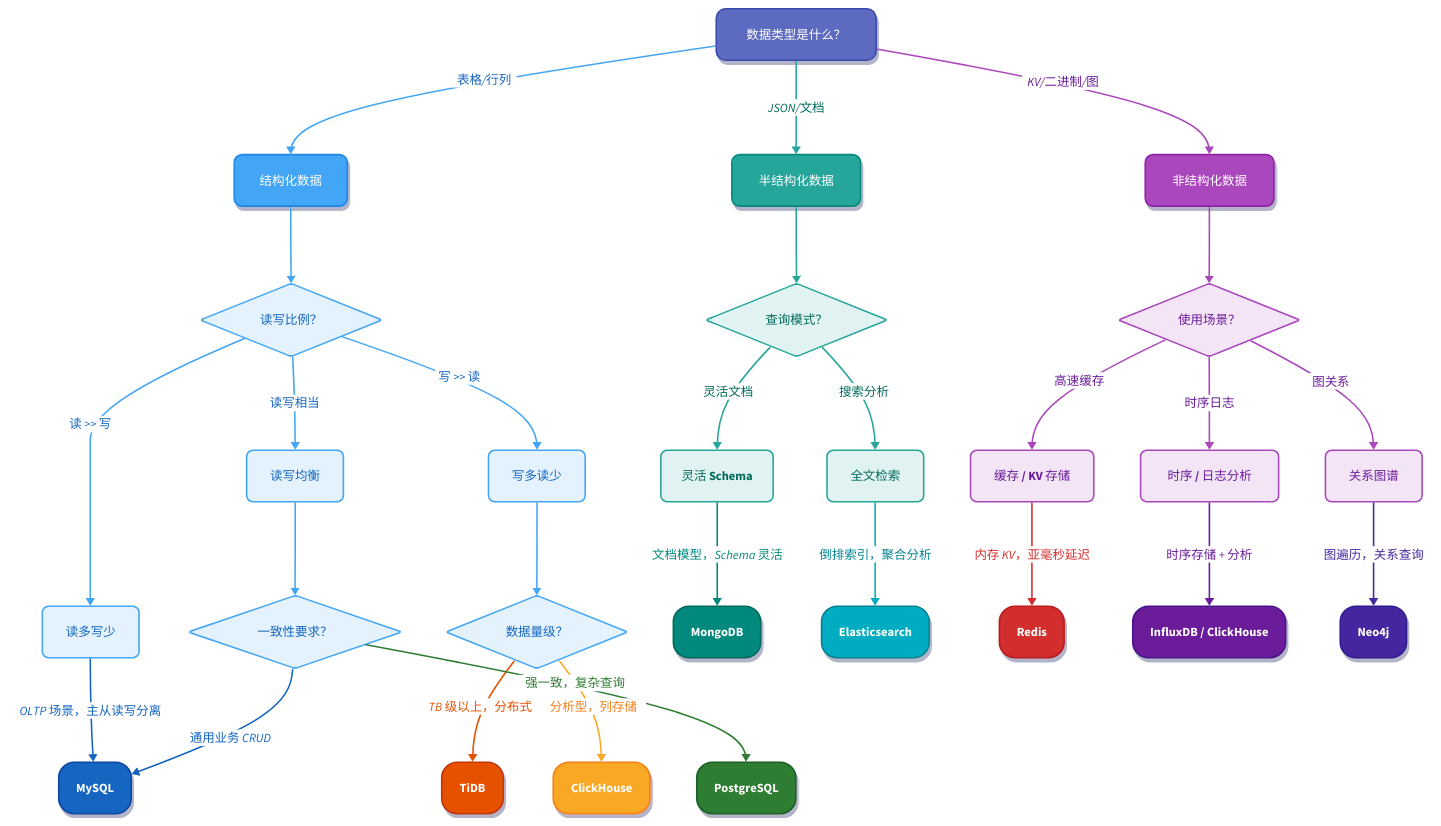
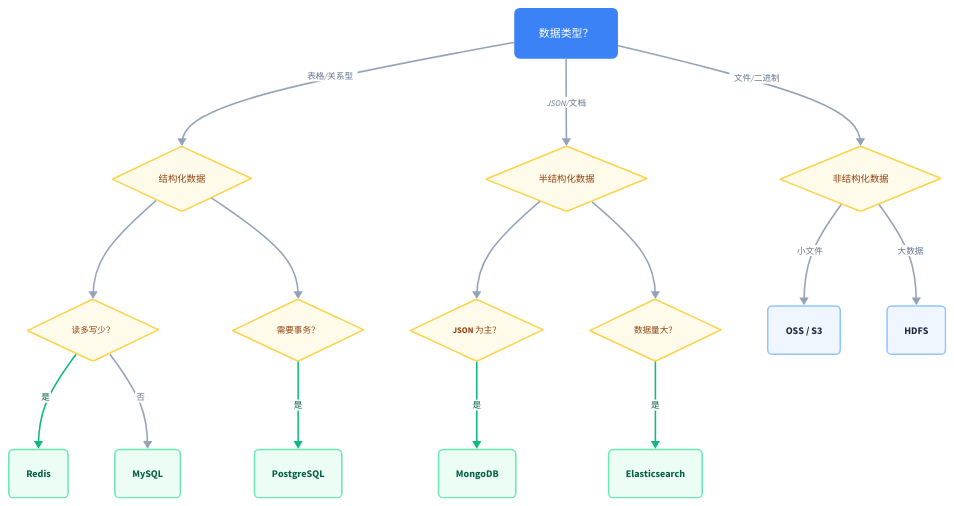
The diagram in diagram-examples/d2/d2-decision-tree.d2 (312362115/claude), drawn with D2 before and after one commit. The commit also changed 50 other files, not shown here.

First line of the commit message:
feat: 画图 skill + deep-research skill + 设计规范 + 示例重构

```diff
--- a/diagram-examples/d2/d2-decision-tree.d2
+++ b/diagram-examples/d2/d2-decision-tree.d2
@@ -2,353 +2,90 @@
 
 direction: down
 
-# ============ 根节点 ============
-root: 数据类型是什么？ {
+# --- 根节点 ---
+root: 数据类型？ {
   style: {
-    fill: "#5c6bc0"
-    stroke: "#3949ab"
-    font-color: "#ffffff"
-    border-radius: 12
-    shadow: true
+    fill: "#3B82F6"
+    stroke: "#3B82F6"
+    font-color: "#FFFFFF"
+    border-radius: 6
+    font-size: 14
+    bold: true
   }
 }
 
-# ============ 一级分支 ============
+# --- 一级分支 ---
 structured: 结构化数据 {
-  style: {
-    fill: "#42a5f5"
-    stroke: "#1e88e5"
-    font-color: "#ffffff"
-    border-radius: 10
-    shadow: true
-  }
+  shape: diamond
+  style: { fill: "#FFFBEB"; stroke: "#FCD34D"; font-color: "#92400E"; font-size: 12 }
+}
+semi: 半结构化数据 {
+  shape: diamond
+  style: { fill: "#FFFBEB"; stroke: "#FCD34D"; font-color: "#92400E"; font-size: 12 }
+}
+unstructured: 非结构化数据 {
+  shape: diamond
+  style: { fill: "#FFFBEB"; stroke: "#FCD34D"; font-color: "#92400E"; font-size: 12 }
 }
 
-semi-structured: 半结构化数据 {
-  style: {
-    fill: "#26a69a"
-    stroke: "#00897b"
-    font-color: "#ffffff"
-    border-radius: 10
-    shadow: true
-  }
+# --- 二级分支 ---
+high-read: 读多写少？ {
+  shape: diamond
+  style: { fill: "#FFFBEB"; stroke: "#FCD34D"; font-color: "#92400E"; font-size: 11 }
+}
+need-tx: 需要事务？ {
+  shape: diamond
+  style: { fill: "#FFFBEB"; stroke: "#FCD34D"; font-color: "#92400E"; font-size: 11 }
+}
+json-heavy: JSON 为主？ {
+  shape: diamond
+  style: { fill: "#FFFBEB"; stroke: "#FCD34D"; font-color: "#92400E"; font-size: 11 }
+}
+large-scale: 数据量大？ {
+  shape: diamond
+  style: { fill: "#FFFBEB"; stroke: "#FCD34D"; font-color: "#92400E"; font-size: 11 }
 }
 
-unstructured: 非结构化数据 {
-  style: {
-    fill: "#ab47bc"
-    stroke: "#8e24aa"
-    font-color: "#ffffff"
-    border-radius: 10
-    shadow: true
-  }
+# --- 推荐结果 ---
+mysql: MySQL {
+  style: { fill: "#ECFDF5"; stroke: "#6EE7B7"; font-color: "#065F46"; border-radius: 6; font-size: 13 }
+}
+pg: PostgreSQL {
+  style: { fill: "#ECFDF5"; stroke: "#6EE7B7"; font-color: "#065F46"; border-radius: 6; font-size: 13 }
+}
+redis: Redis {
+  style: { fill: "#ECFDF5"; stroke: "#6EE7B7"; font-color: "#065F46"; border-radius: 6; font-size: 13 }
+}
+mongo: MongoDB {
+  style: { fill: "#ECFDF5"; stroke: "#6EE7B7"; font-color: "#065F46"; border-radius: 6; font-size: 13 }
+}
+es: Elasticsearch {
+  style: { fill: "#ECFDF5"; stroke: "#6EE7B7"; font-color: "#065F46"; border-radius: 6; font-size: 13 }
+}
+oss: OSS / S3 {
+  style: { fill: "#EFF6FF"; stroke: "#93C5FD"; font-color: "#1E293B"; border-radius: 6; font-size: 13 }
+}
+hdfs: HDFS {
+  style: { fill: "#EFF6FF"; stroke: "#93C5FD"; font-color: "#1E293B"; border-radius: 6; font-size: 13 }
 }
 
-# ============ 结构化 - 二级分支 ============
-rw-ratio: 读写比例？ {
-  shape: diamond
-  style: {
-    fill: "#e3f2fd"
-    stroke: "#42a5f5"
-    font-color: "#1565c0"
-  }
-}
+# --- 连线 ---
+root -> structured: 表格/关系型 { style.stroke: "#94A3B8"; style.font-color: "#64748B"; style.font-size: 11 }
+root -> semi: JSON/文档 { style.stroke: "#94A3B8"; style.font-color: "#64748B"; style.font-size: 11 }
+root -> unstructured: 文件/二进制 { style.stroke: "#94A3B8"; style.font-color: "#64748B"; style.font-size: 11 }
 
-read-heavy: 读多写少 {
-  style: {
-    fill: "#e3f2fd"
-    stroke: "#42a5f5"
-    font-color: "#1565c0"
-    border-radius: 8
-  }
-}
+structured -> high-read { style.stroke: "#94A3B8" }
+structured -> need-tx { style.stroke: "#94A3B8" }
 
-write-heavy: 写多读少 {
-  style: {
-    fill: "#e3f2fd"
-    stroke: "#42a5f5"
-    font-color: "#1565c0"
-    border-radius: 8
-  }
-}
+high-read -> redis: 是 { style.stroke: "#10B981"; style.font-color: "#065F46"; style.font-size: 11 }
+high-read -> mysql: 否 { style.stroke: "#94A3B8"; style.font-color: "#64748B"; style.font-size: 11 }
+need-tx -> pg: 是 { style.stroke: "#10B981"; style.font-color: "#065F46"; style.font-size: 11 }
 
-balanced: 读写均衡 {
-  style: {
-    fill: "#e3f2fd"
-    stroke: "#42a5f5"
-    font-color: "#1565c0"
-    border-radius: 8
-  }
-}
+semi -> json-heavy { style.stroke: "#94A3B8" }
+semi -> large-scale { style.stroke: "#94A3B8" }
 
-# ============ 结构化 - 三级 ============
-consistency: 一致性要求？ {
-  shape: diamond
-  style: {
-    fill: "#e3f2fd"
-    stroke: "#42a5f5"
-    font-color: "#1565c0"
-  }
-}
+json-heavy -> mongo: 是 { style.stroke: "#10B981"; style.font-color: "#065F46"; style.font-size: 11 }
+large-scale -> es: 是 { style.stroke: "#10B981"; style.font-color: "#065F46"; style.font-size: 11 }
 
-data-volume: 数据量级？ {
-  shape: diamond
-  style: {
-    fill: "#e3f2fd"
-    stroke: "#42a5f5"
-    font-color: "#1565c0"
-  }
-}
-
-# ============ 半结构化 - 二级分支 ============
-semi-query: 查询模式？ {
-  shape: diamond
-  style: {
-    fill: "#e0f2f1"
-    stroke: "#26a69a"
-    font-color: "#00695c"
-  }
-}
-
-flexible-schema: 灵活 Schema {
-  style: {
-    fill: "#e0f2f1"
-    stroke: "#26a69a"
-    font-color: "#00695c"
-    border-radius: 8
-  }
-}
-
-full-text: 全文检索 {
-  style: {
-    fill: "#e0f2f1"
-    stroke: "#26a69a"
-    font-color: "#00695c"
-    border-radius: 8
-  }
-}
-
-# ============ 非结构化 - 二级分支 ============
-unstruct-type: 使用场景？ {
-  shape: diamond
-  style: {
-    fill: "#f3e5f5"
-    stroke: "#ab47bc"
-    font-color: "#6a1b9a"
-  }
-}
-
-cache-kv: 缓存 / KV 存储 {
-  style: {
-    fill: "#f3e5f5"
-    stroke: "#ab47bc"
-    font-color: "#6a1b9a"
-    border-radius: 8
-  }
-}
-
-time-series: 时序 / 日志分析 {
-  style: {
-    fill: "#f3e5f5"
-    stroke: "#ab47bc"
-    font-color: "#6a1b9a"
-    border-radius: 8
-  }
-}
-
-graph-data: 关系图谱 {
-  style: {
-    fill: "#f3e5f5"
-    stroke: "#ab47bc"
-    font-color: "#6a1b9a"
-    border-radius: 8
-  }
-}
-
-# ============ 叶子节点（推荐数据库） ============
-mysql: MySQL {
-  style: {
-    fill: "#1565c0"
-    stroke: "#0d47a1"
-    font-color: "#ffffff"
-    border-radius: 20
-    shadow: true
-  }
-}
-
-postgresql: PostgreSQL {
-  style: {
-    fill: "#2e7d32"
-    stroke: "#1b5e20"
-    font-color: "#ffffff"
-    border-radius: 20
-    shadow: true
-  }
-}
-
-tidb: TiDB {
-  style: {
-    fill: "#e65100"
-    stroke: "#bf360c"
-    font-color: "#ffffff"
-    border-radius: 20
-    shadow: true
-  }
-}
-
-clickhouse: ClickHouse {
-  style: {
-    fill: "#f9a825"
-    stroke: "#f57f17"
-    font-color: "#ffffff"
-    border-radius: 20
-    shadow: true
-  }
-}
-
-mongodb: MongoDB {
-  style: {
-    fill: "#00897b"
-    stroke: "#00695c"
-    font-color: "#ffffff"
-    border-radius: 20
-    shadow: true
-  }
-}
-
-elasticsearch: Elasticsearch {
-  style: {
-    fill: "#00acc1"
-    stroke: "#00838f"
-    font-color: "#ffffff"
-    border-radius: 20
-    shadow: true
-  }
-}
-
-redis: Redis {
-  style: {
-    fill: "#d32f2f"
-    stroke: "#b71c1c"
-    font-color: "#ffffff"
-    border-radius: 20
-    shadow: true
-  }
-}
-
-influxdb: InfluxDB / ClickHouse {
-  style: {
-    fill: "#6a1b9a"
-    stroke: "#4a148c"
-    font-color: "#ffffff"
-    border-radius: 20
-    shadow: true
-  }
-}
-
-neo4j: Neo4j {
-  style: {
-    fill: "#4527a0"
-    stroke: "#311b92"
-    font-color: "#ffffff"
-    border-radius: 20
-    shadow: true
-  }
-}
-
-# ============ 连接关系 ============
-
-root -> structured: 表格/行列 {
-  style: { stroke: "#42a5f5"; font-color: "#1565c0" }
-}
-root -> semi-structured: JSON/文档 {
-  style: { stroke: "#26a69a"; font-color: "#00695c" }
-}
-root -> unstructured: KV/二进制/图 {
-  style: { stroke: "#ab47bc"; font-color: "#6a1b9a" }
-}
-
-# 结构化分支
-structured -> rw-ratio {
-  style: { stroke: "#42a5f5" }
-}
-
-rw-ratio -> read-heavy: 读 >> 写 {
-  style: { stroke: "#42a5f5"; font-color: "#1565c0" }
-}
-rw-ratio -> write-heavy: 写 >> 读 {
-  style: { stroke: "#42a5f5"; font-color: "#1565c0" }
-}
-rw-ratio -> balanced: 读写相当 {
-  style: { stroke: "#42a5f5"; font-color: "#1565c0" }
-}
-
-read-heavy -> mysql: OLTP 场景，主从读写分离 {
-  style: { stroke: "#1565c0"; font-color: "#1565c0" }
-}
-
-write-heavy -> data-volume {
-  style: { stroke: "#42a5f5" }
-}
-
-data-volume -> tidb: TB 级以上，分布式 {
-  style: { stroke: "#e65100"; font-color: "#e65100" }
-}
-data-volume -> clickhouse: 分析型，列存储 {
-  style: { stroke: "#f9a825"; font-color: "#f57f17" }
-}
-
-balanced -> consistency {
-  style: { stroke: "#42a5f5" }
-}
-
-consistency -> postgresql: 强一致，复杂查询 {
-  style: { stroke: "#2e7d32"; font-color: "#2e7d32" }
-}
-consistency -> mysql: 通用业务 CRUD {
-  style: { stroke: "#1565c0"; font-color: "#1565c0" }
-}
-
-# 半结构化分支
-semi-structured -> semi-query {
-  style: { stroke: "#26a69a" }
-}
-
-semi-query -> flexible-schema: 灵活文档 {
-  style: { stroke: "#26a69a"; font-color: "#00695c" }
-}
-semi-query -> full-text: 搜索分析 {
-  style: { stroke: "#26a69a"; font-color: "#00695c" }
-}
-
-flexible-schema -> mongodb: 文档模型，Schema 灵活 {
-  style: { stroke: "#00897b"; font-color: "#00897b" }
-}
-full-text -> elasticsearch: 倒排索引，聚合分析 {
-  style: { stroke: "#00acc1"; font-color: "#00838f" }
-}
-
-# 非结构化分支
-unstructured -> unstruct-type {
-  style: { stroke: "#ab47bc" }
-}
-
-unstruct-type -> cache-kv: 高速缓存 {
-  style: { stroke: "#ab47bc"; font-color: "#6a1b9a" }
-}
-unstruct-type -> time-series: 时序日志 {
-  style: { stroke: "#ab47bc"; font-color: "#6a1b9a" }
-}
-unstruct-type -> graph-data: 图关系 {
-  style: { stroke: "#ab47bc"; font-color: "#6a1b9a" }
-}
-
-cache-kv -> redis: 内存 KV，亚毫秒延迟 {
-  style: { stroke: "#d32f2f"; font-color: "#d32f2f" }
-}
-time-series -> influxdb: 时序存储 + 分析 {
-  style: { stroke: "#6a1b9a"; font-color: "#6a1b9a" }
-}
-graph-data -> neo4j: 图遍历，关系查询 {
-  style: { stroke: "#4527a0"; font-color: "#4527a0" }
-}
+unstructured -> oss: 小文件 { style.stroke: "#94A3B8"; style.font-color: "#64748B"; style.font-size: 11 }
+unstructured -> hdfs: 大数据 { style.stroke: "#94A3B8"; style.font-color: "#64748B"; style.font-size: 11 }
```
